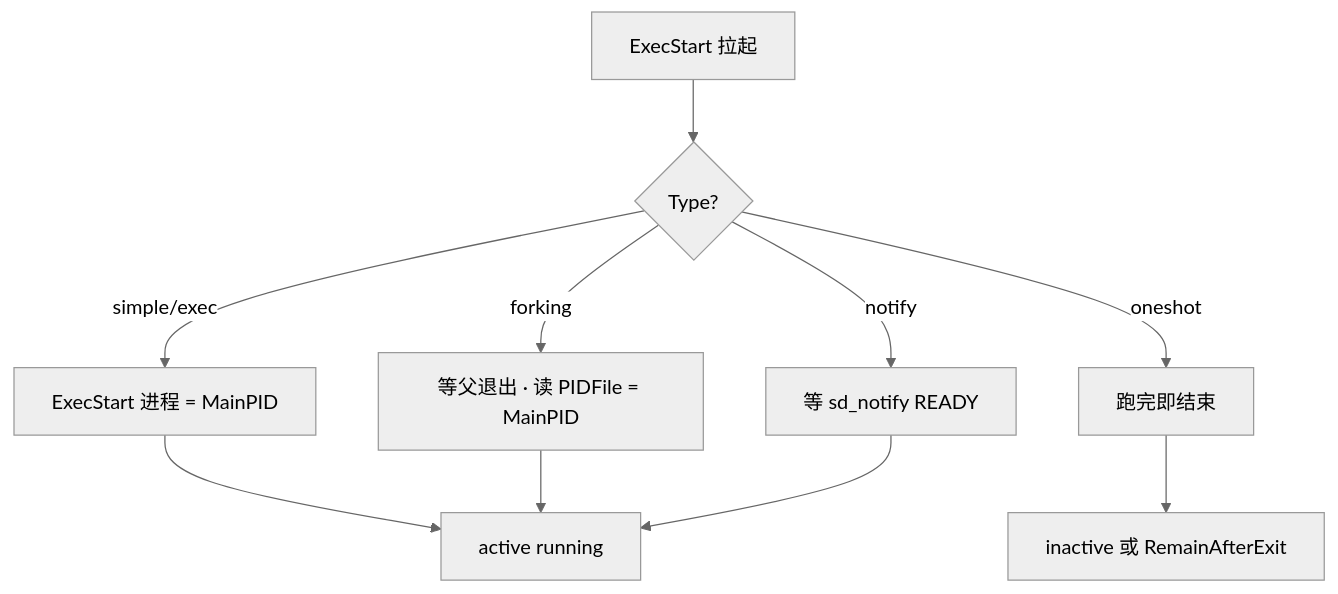
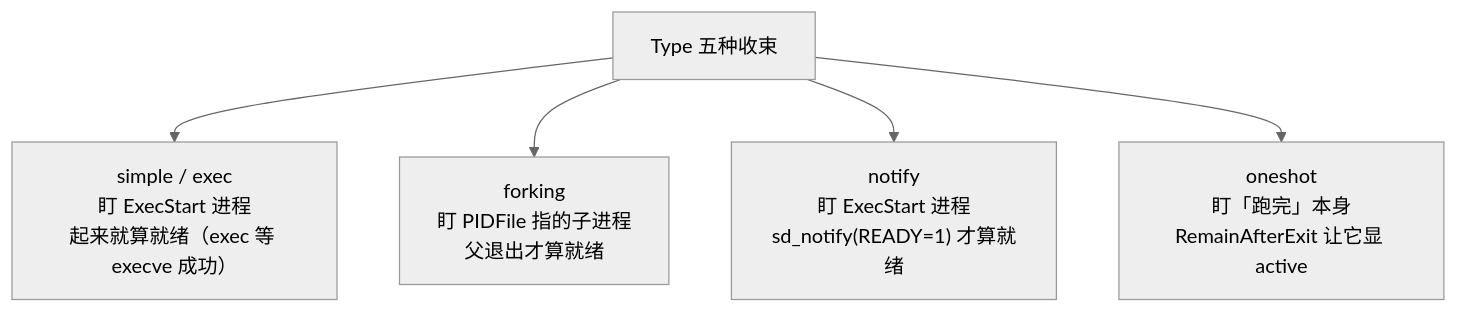
Before and after one commit to ml-cuizijun/LearnToLilith: the fourth of 7 diagrams in 01-基础底座/11-Systemd与服务管理/知识点.md, drawn with Mermaid (neutral theme). The commit also changed other lines of this file and 470 other files, not shown here.

````diff
--- a/01-基础底座/11-Systemd与服务管理/知识点.md
+++ b/01-基础底座/11-Systemd与服务管理/知识点.md
@@ -491,12 +208,7 @@
 ```mermaid
 flowchart TB
-    A[ExecStart 拉起] --> B{Type?}
-    B -->|simple/exec| C[ExecStart 进程 = MainPID]
-    B -->|forking| D[等父退出 · 读 PIDFile = MainPID]
-    B -->|notify| E[等 sd_notify READY]
-    B -->|oneshot| F[跑完即结束]
-    C --> G[active running]
-    D --> G
-    E --> G
-    F --> H[inactive 或 RemainAfterExit]
+    R["Type 五种收束"] --> A["simple / exec<br/>盯 ExecStart 进程<br/>起来就算就绪（exec 等 execve 成功）"]
+    R --> B["forking<br/>盯 PIDFile 指的子进程<br/>父退出才算就绪"]
+    R --> C["notify<br/>盯 ExecStart 进程<br/>sd_notify(READY=1) 才算就绪"]
+    R --> D["oneshot<br/>盯「跑完」本身<br/>RemainAfterExit 让它显 active"]
 ```
````
